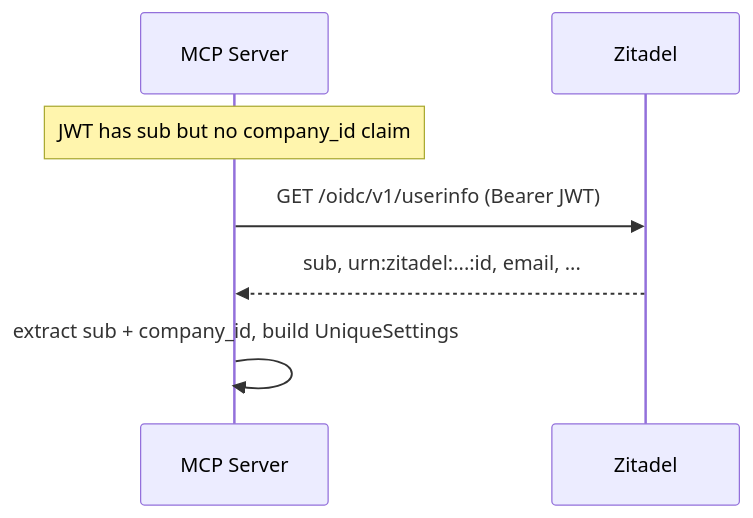
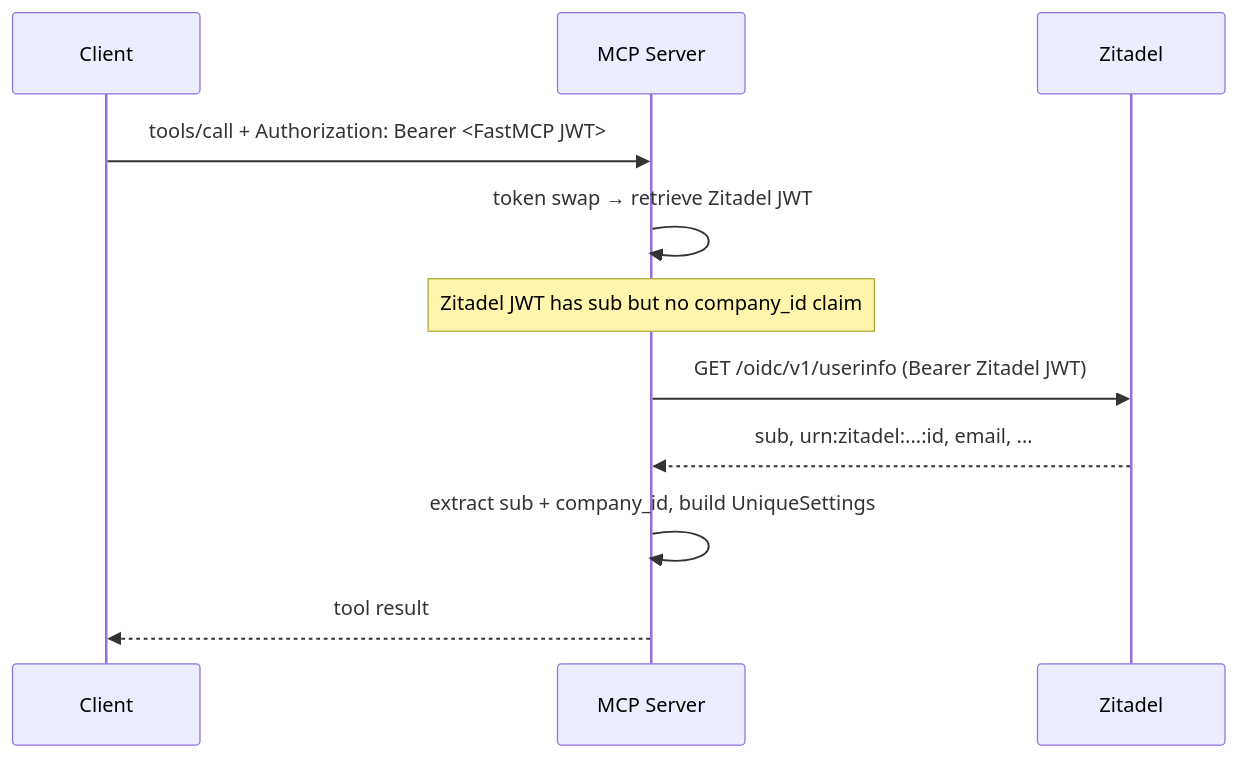
The third of 4 diagrams in unique_mcp/README.md (Unique-AG/ai), drawn with Mermaid before and after one commit. The commit also changed other lines of this file and 3 other files, not shown here.

First line of the commit message:
fix(unique-mcp): align zitadel.env.example variable names with ZITADEL_ prefix (#1283)

````diff
--- a/unique_mcp/README.md
+++ b/unique_mcp/README.md
@@ -121,10 +136,14 @@
 ```mermaid
 sequenceDiagram
+    participant Client
     participant MCP as MCP Server
     participant Zitadel
 
-    Note over MCP: JWT has sub but no company_id claim
-    MCP->>Zitadel: GET /oidc/v1/userinfo (Bearer JWT)
+    Client->>MCP: tools/call + Authorization: Bearer <FastMCP JWT>
+    MCP->>MCP: token swap → retrieve Zitadel JWT
+    Note over MCP: Zitadel JWT has sub but no company_id claim
+    MCP->>Zitadel: GET /oidc/v1/userinfo (Bearer Zitadel JWT)
     Zitadel-->>MCP: sub, urn:zitadel:...:id, email, ...
     MCP->>MCP: extract sub + company_id, build UniqueSettings
+    MCP-->>Client: tool result
 ```
````
